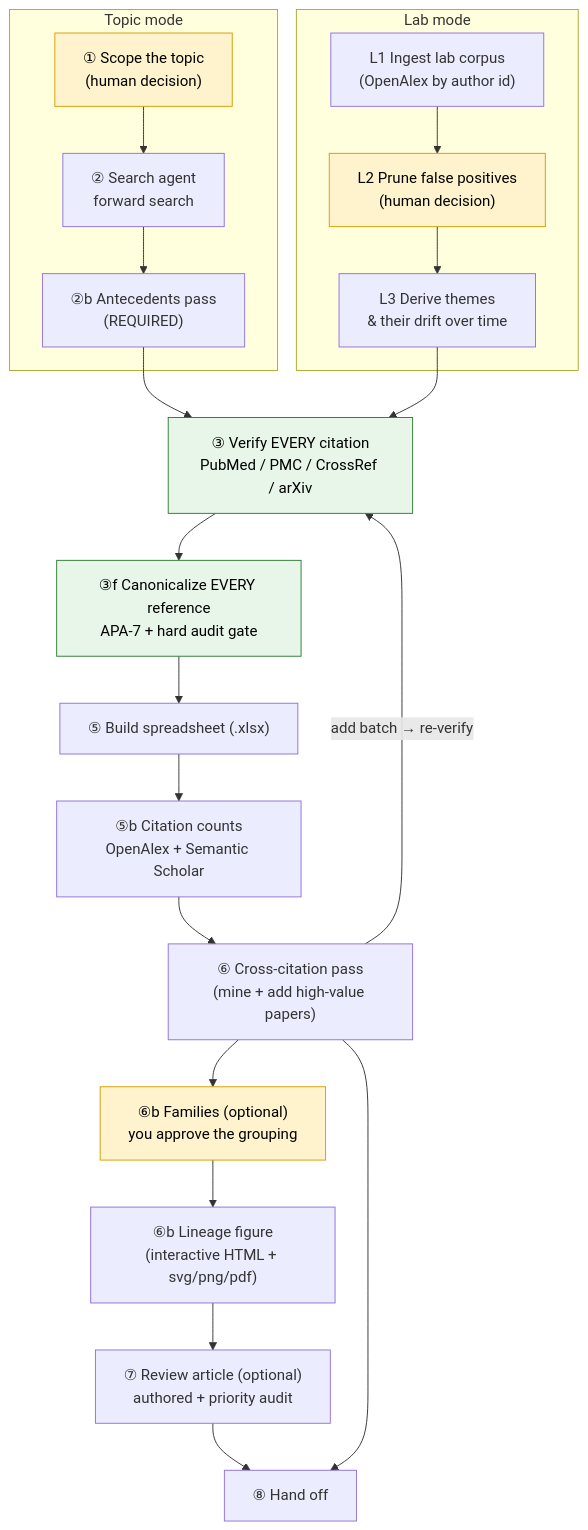
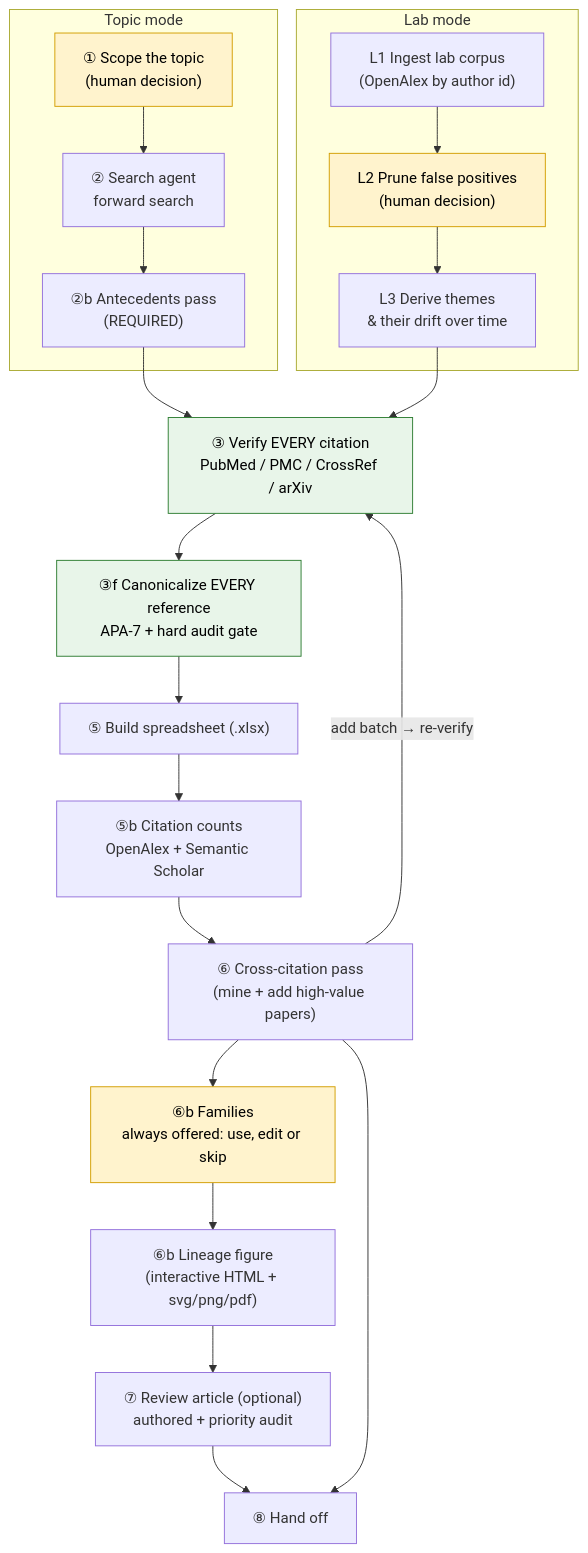
Before and after one commit to gallantlab/literature-review-toolkit: the diagram in docs/manual.md, drawn with Mermaid. The commit also changed other lines of this file and 12 other files, not shown here.

First line of the commit message:
Offer the lineage timeline on every review

````diff
--- a/docs/manual.md
+++ b/docs/manual.md
@@ -31,39 +31,39 @@
 ```mermaid
 flowchart TD
     subgraph TOPIC["Topic mode"]
       T1["① Scope the topic<br/>(human decision)"]
       T2["② Search agent<br/>forward search"]
       T2b["②b Antecedents pass<br/>(REQUIRED)"]
       T1 --> T2 --> T2b
     end
 
     subgraph LAB["Lab mode"]
       L1["L1 Ingest lab corpus<br/>(OpenAlex by author id)"]
       L2["L2 Prune false positives<br/>(human decision)"]
       L3["L3 Derive themes<br/>& their drift over time"]
       L1 --> L2 --> L3
     end
 
     T2b --> V
     L3 --> V
 
     V["③ Verify EVERY citation<br/>PubMed / PMC / CrossRef / arXiv"]
     C["③f Canonicalize EVERY reference<br/>APA-7 + hard audit gate"]
     S["⑤ Build spreadsheet (.xlsx)"]
     CC["⑤b Citation counts<br/>OpenAlex + Semantic Scholar"]
     X["⑥ Cross-citation pass<br/>(mine + add high-value papers)"]
-    F["⑥b Families (optional)<br/>you approve the grouping"]
+    F["⑥b Families<br/>always offered: use, edit or skip"]
     FIG["⑥b Lineage figure<br/>(interactive HTML + svg/png/pdf)"]
     W["⑦ Review article (optional)<br/>authored + priority audit"]
     H["⑧ Hand off"]
 
     V --> C --> S --> CC --> X
     X -->|"add batch → re-verify"| V
     X --> F --> FIG --> W --> H
     X --> H
 
     classDef human fill:#fff3cd,stroke:#d39e00,color:#000;
     classDef gate fill:#e8f5e9,stroke:#2e7d32,color:#000;
     class T1,L2,F human;
     class V,C gate;
 ```
````
